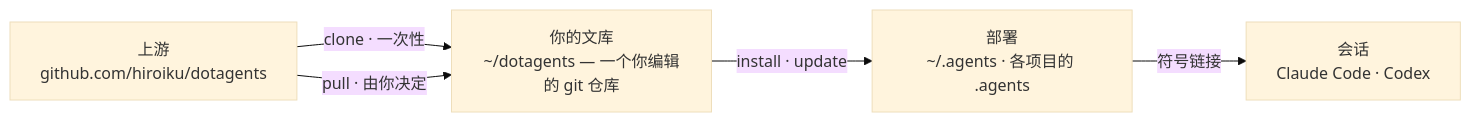
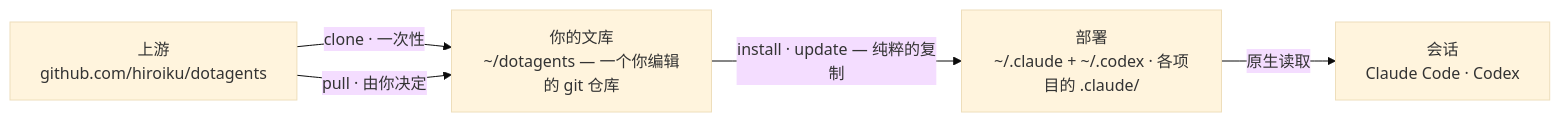
Before and after one commit to hiroiku/dotagents: the diagram in docs/README.zh-CN.md, drawn with Mermaid (base theme). The commit also changed other lines of this file and 18 other files, not shown here.

````diff
--- a/docs/README.zh-CN.md
+++ b/docs/README.zh-CN.md
@@ -18,11 +18,11 @@
 ```mermaid
 flowchart LR
     UP["上游<br>github.com/hiroiku/dotagents"]
     C["你的文库<br>~/dotagents — 一个你编辑的 git 仓库"]
-    A["部署<br>~/.agents · 各项目的 .agents"]
+    A["部署<br>~/.claude + ~/.codex · 各项目的 .claude/"]
     S["会话<br>Claude Code · Codex"]
     UP -->|"clone · 一次性"| C
     UP -->|"pull · 由你决定"| C
-    C -->|"install · update"| A
-    A -->|"符号链接"| S
+    C -->|"install · update — 纯粹的复制"| A
+    A -->|"原生读取"| S
 ```
````
